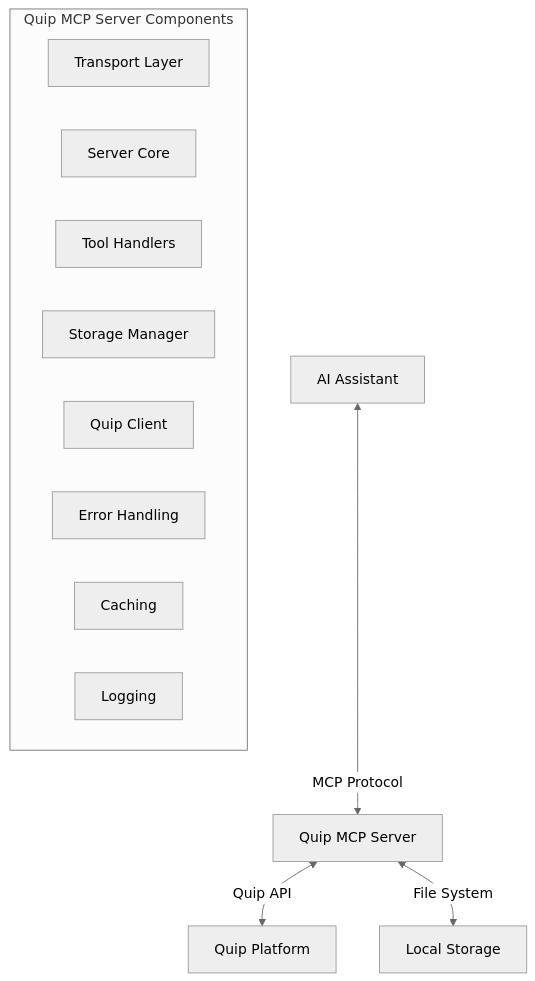
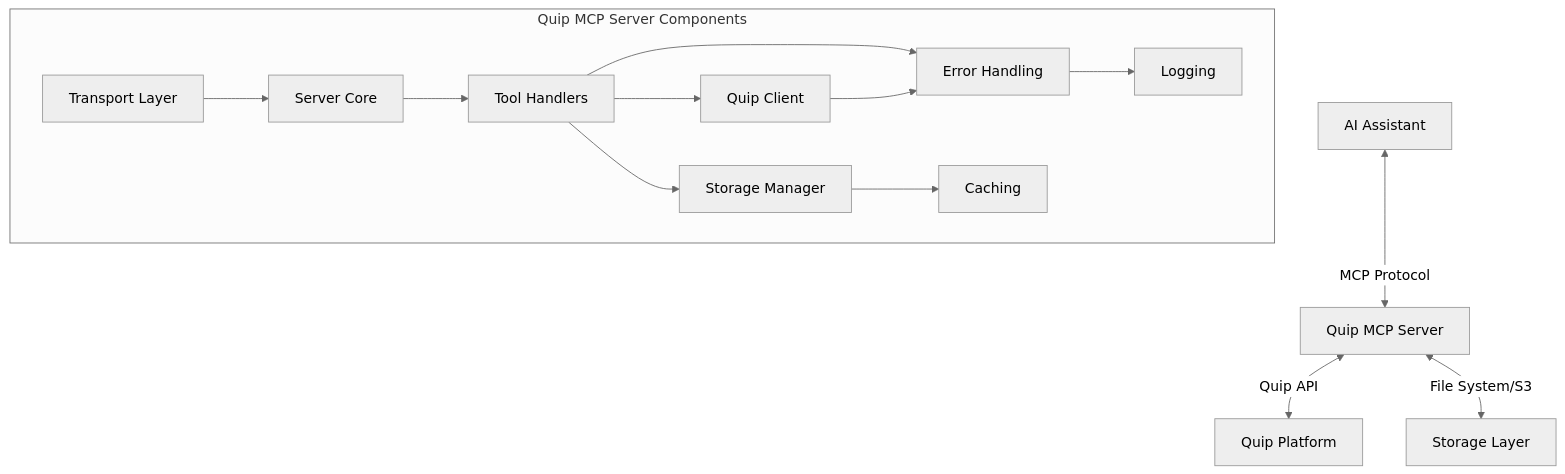
Before and after one commit to zxkane/quip-mcp-server-typescript: the diagram in memory-bank/systemPatterns.md, drawn with Mermaid (neutral theme). The commit also changed other lines of this file and 23 other files, not shown here.

````diff
--- a/memory-bank/systemPatterns.md
+++ b/memory-bank/systemPatterns.md
@@ -7,17 +7,26 @@
 ```mermaid
 graph TD
     A[AI Assistant] <-->|MCP Protocol| B[Quip MCP Server]
     B <-->|Quip API| C[Quip Platform]
-    B <-->|File System| D[Local Storage]
+    B <-->|File System/S3| D[Storage Layer]
     
     subgraph "Quip MCP Server Components"
         E[Transport Layer]
         F[Server Core]
         G[Tool Handlers]
         H[Storage Manager]
         I[Quip Client]
         J[Error Handling]
         K[Caching]
         L[Logging]
     end
+    
+    E --> F
+    F --> G
+    G --> H
+    G --> I
+    G --> J
+    H --> K
+    I --> J
+    J --> L
 ```
````
